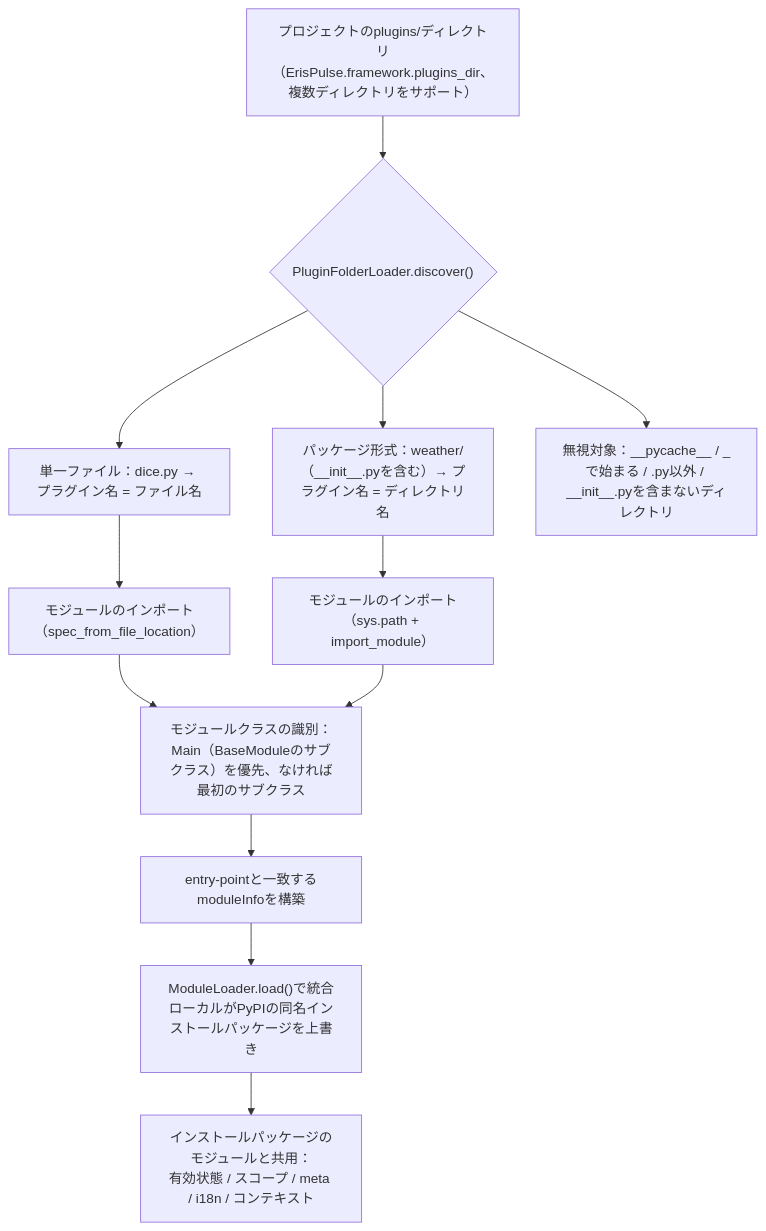
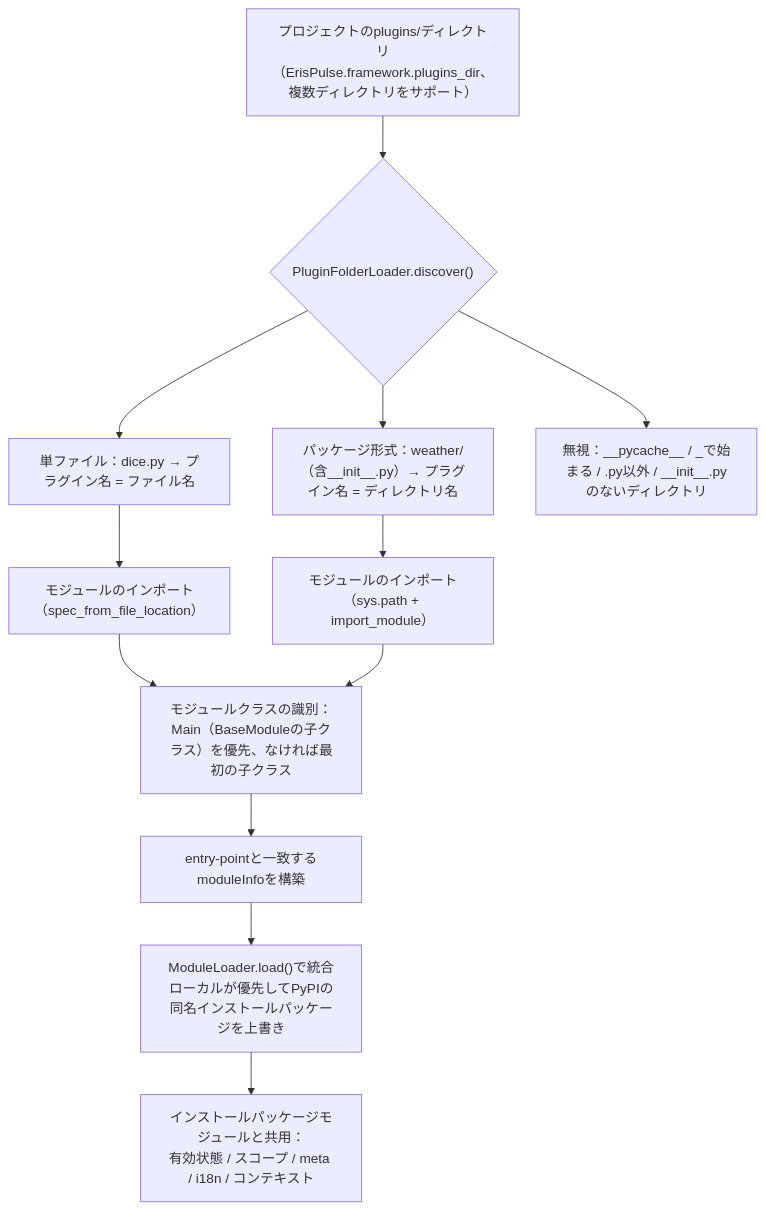
The eighth of 10 diagrams in docs/ja/architecture.md (ErisPulse/ErisPulse), drawn with Mermaid before and after one commit. The commit also changed other lines of this file and 83 other files, not shown here.

````diff
--- a/docs/ja/architecture.md
+++ b/docs/ja/architecture.md
@@ -258,14 +258,14 @@
 ```mermaid
 flowchart TD
     A["プロジェクトのplugins/ディレクトリ<br/>（ErisPulse.framework.plugins_dir、複数ディレクトリをサポート）"] --> B{"PluginFolderLoader.discover()"}
-    B --> C["単一ファイル：dice.py → プラグイン名 = ファイル名"]
-    B --> D["パッケージ形式：weather/（__init__.pyを含む）→ プラグイン名 = ディレクトリ名"]
-    B --> E["無視対象：__pycache__ / _で始まる / .py以外 / __init__.pyを含まないディレクトリ"]
+    B --> C["単ファイル：dice.py → プラグイン名 = ファイル名"]
+    B --> D["パッケージ形式：weather/（含__init__.py）→ プラグイン名 = ディレクトリ名"]
+    B --> E["無視：__pycache__ / _で始まる / .py以外 / __init__.pyのないディレクトリ"]
     C --> F["モジュールのインポート（spec_from_file_location）"]
     D --> G["モジュールのインポート（sys.path + import_module）"]
-    F --> H["モジュールクラスの識別：Main（BaseModuleのサブクラス）を優先、なければ最初のサブクラス"]
+    F --> H["モジュールクラスの識別：Main（BaseModuleの子クラス）を優先、なければ最初の子クラス"]
     G --> H
     H --> I["entry-pointと一致するmoduleInfoを構築"]
-    I --> J["ModuleLoader.load()で統合<br/>ローカルがPyPIの同名インストールパッケージを上書き"]
-    J --> K["インストールパッケージのモジュールと共用：<br/>有効状態 / スコープ / meta / i18n / コンテキスト"]
+    I --> J["ModuleLoader.load()で統合<br/>ローカルが優先してPyPIの同名インストールパッケージを上書き"]
+    J --> K["インストールパッケージモジュールと共用：<br/>有効状態 / スコープ / meta / i18n / コンテキスト"]
 ```
````
